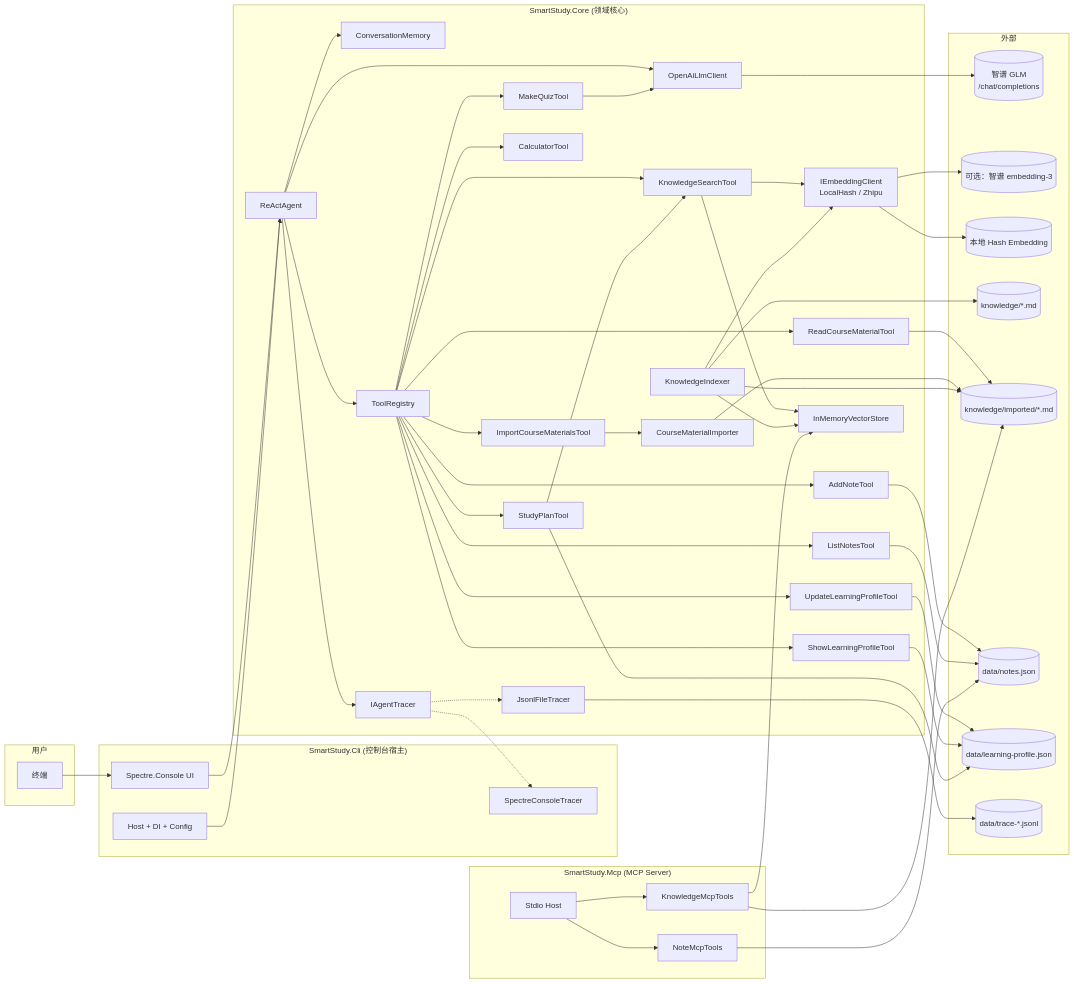
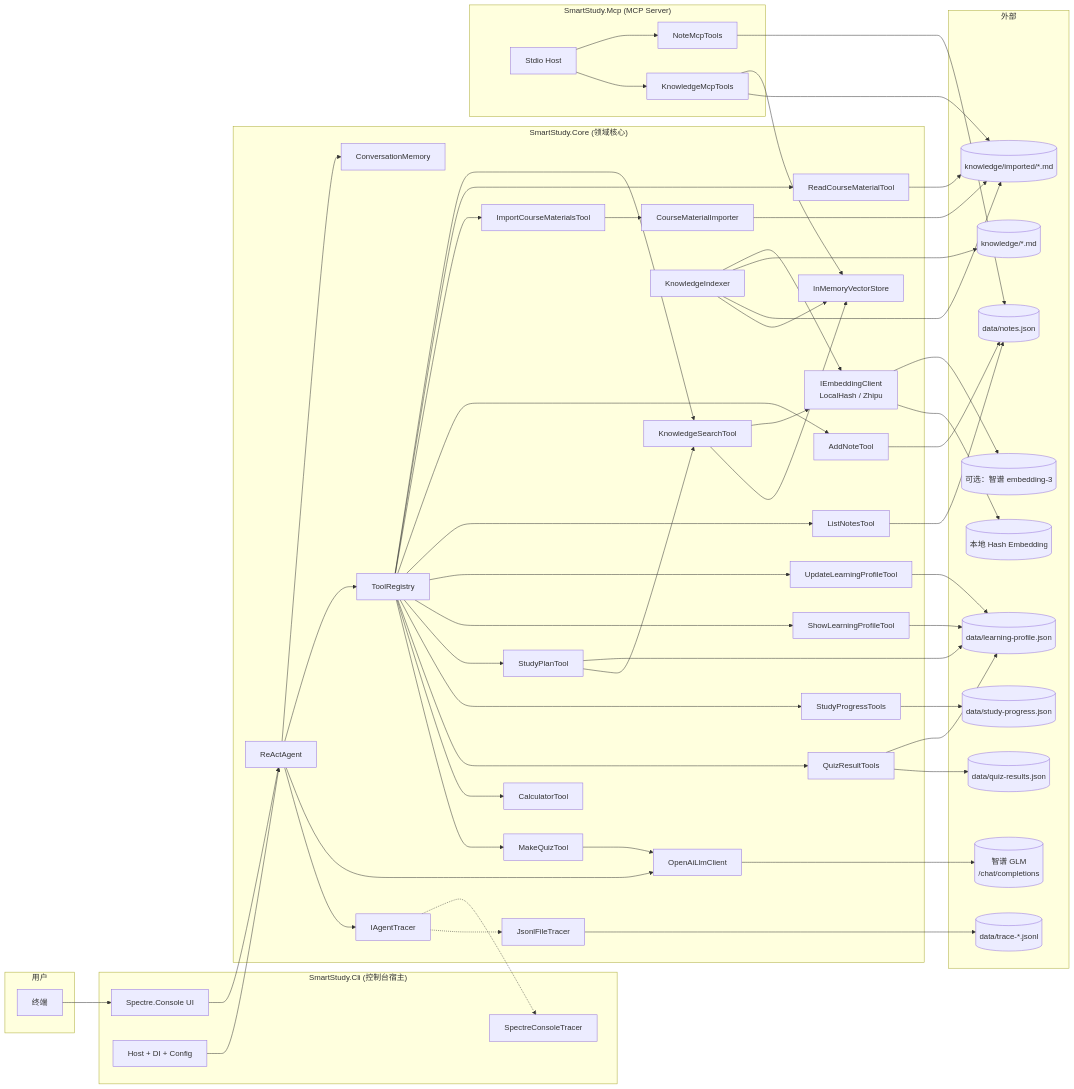
Before and after one commit to magicianaa/dotnet_final_work: the first of 2 diagrams in docs/architecture.md, drawn with Mermaid. The commit also changed other lines of this file and 35 other files, not shown here.

````diff
--- a/docs/architecture.md
+++ b/docs/architecture.md
@@ -9,75 +9,81 @@
 ```mermaid
 flowchart LR
     subgraph User["用户"]
         U[终端]
     end
     subgraph CLI["SmartStudy.Cli (控制台宿主)"]
         UI[Spectre.Console UI]
         DI[Host + DI + Config]
         Tracer1[SpectreConsoleTracer]
     end
     subgraph Core["SmartStudy.Core (领域核心)"]
         Agent[ReActAgent]
         Mem[ConversationMemory]
         Reg[ToolRegistry]
         T1[KnowledgeSearchTool]
         T2[ReadCourseMaterialTool]
         T3[ImportCourseMaterialsTool]
         T4[AddNoteTool]
         T5[ListNotesTool]
         T6[UpdateLearningProfileTool]
         T7[ShowLearningProfileTool]
         T8[StudyPlanTool]
-        T9[CalculatorTool]
-        T10[MakeQuizTool]
+        T9[StudyProgressTools]
+        T10[QuizResultTools]
+        T11[CalculatorTool]
+        T12[MakeQuizTool]
         LLM[OpenAiLlmClient]
         Emb[IEmbeddingClient\nLocalHash / Zhipu]
         VS[InMemoryVectorStore]
         Idx[KnowledgeIndexer]
         Importer[CourseMaterialImporter]
         TraceI[IAgentTracer]
         FileT[JsonlFileTracer]
     end
     subgraph MCP["SmartStudy.Mcp (MCP Server)"]
         McpHost[Stdio Host]
         NoteMcp[NoteMcpTools]
         KnowledgeMcp[KnowledgeMcpTools]
     end
     subgraph External["外部"]
         ZhipuLLM[(智谱 GLM \n /chat/completions)]
         ZhipuEmb[(可选：智谱 embedding-3)]
         LocalEmb[(本地 Hash Embedding)]
         KB[(knowledge/*.md)]
         Imported[(knowledge/imported/*.md)]
         Notes[(data/notes.json)]
         Profile[(data/learning-profile.json)]
+        Progress[(data/study-progress.json)]
+        QuizResults[(data/quiz-results.json)]
         TraceFile[(data/trace-*.jsonl)]
     end
 
     U --> UI --> Agent
     DI --> Agent
     Agent --> Mem
     Agent --> Reg
-    Reg --> T1 & T2 & T3 & T4 & T5 & T6 & T7 & T8 & T9 & T10
+    Reg --> T1 & T2 & T3 & T4 & T5 & T6 & T7 & T8 & T9 & T10 & T11 & T12
     Agent --> LLM --> ZhipuLLM
     T1 --> Emb
     Emb --> ZhipuEmb
     Emb --> LocalEmb
     T1 --> VS
     T2 --> Imported
     T3 --> Importer --> Imported
     Idx --> Emb
     Idx --> KB
     Idx --> Imported
     Idx --> VS
     T4 & T5 --> Notes
-    T6 & T7 & T8 --> Profile
+    T6 & T7 & T8 & T10 --> Profile
+    T9 --> Progress
+    T10 --> QuizResults
     T8 --> T1
-    T10 --> LLM
+    T12 --> LLM
     Agent --> TraceI
     TraceI -.-> Tracer1
     TraceI -.-> FileT --> TraceFile
     McpHost --> NoteMcp --> Notes
     McpHost --> KnowledgeMcp --> VS
     KnowledgeMcp --> Imported
 ```
````
